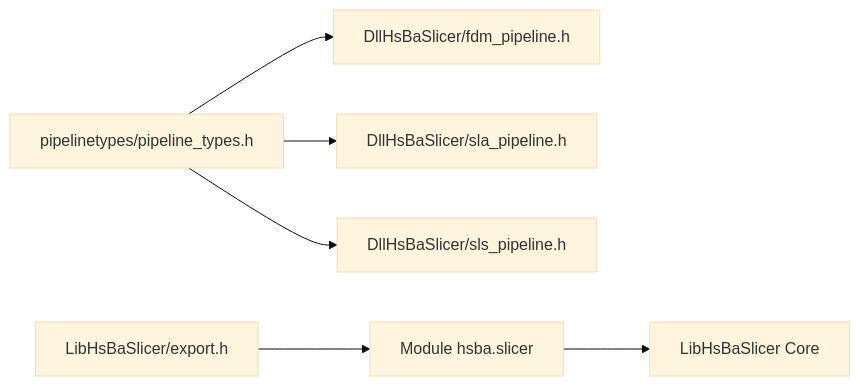
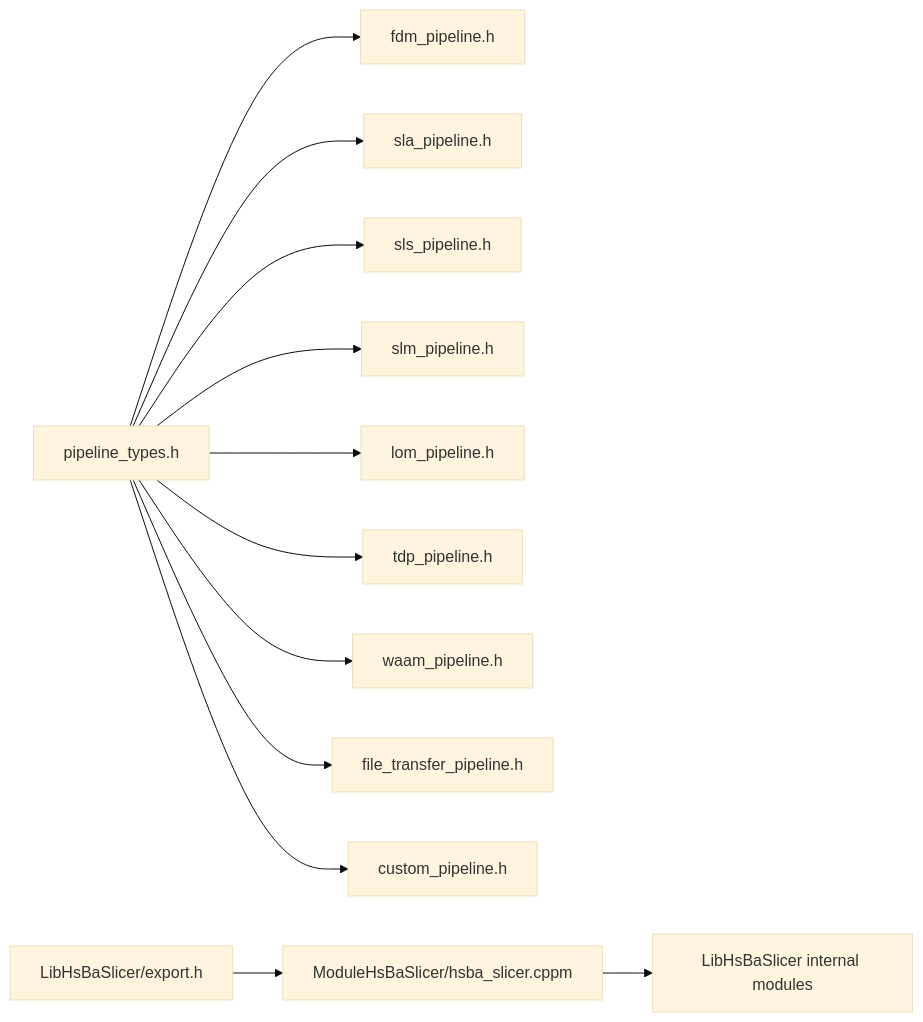
Diagram 15 of 15 in .qoder/repowiki/en/content/API Reference/API Reference.md (hsmbanlance/HsBaSlicer), drawn with Mermaid (base theme) before and after one commit. The commit also changed other lines of this file and 1135 other files, not shown here.

````diff
--- a/.qoder/repowiki/en/content/API Reference/API Reference.md
+++ b/.qoder/repowiki/en/content/API Reference/API Reference.md
@@ -277,8 +545,14 @@
 ```mermaid
 graph LR
-PIPELINE_TYPES["pipelinetypes/pipeline_types.h"] --> DLL_FDM["DllHsBaSlicer/fdm_pipeline.h"]
-PIPELINE_TYPES --> DLL_SLA["DllHsBaSlicer/sla_pipeline.h"]
-PIPELINE_TYPES --> DLL_SLS["DllHsBaSlicer/sls_pipeline.h"]
-LIB_EXPORT["LibHsBaSlicer/export.h"] --> MODULE["Module hsba.slicer"]
-MODULE --> LIB_CORE["LibHsBaSlicer Core"]
+TYPES["pipeline_types.h"] --> CABI_FDM["fdm_pipeline.h"]
+TYPES --> CABI_SLA["sla_pipeline.h"]
+TYPES --> CABI_SLS["sls_pipeline.h"]
+TYPES --> CABI_SLM["slm_pipeline.h"]
+TYPES --> CABI_LOM["lom_pipeline.h"]
+TYPES --> CABI_TDP["tdp_pipeline.h"]
+TYPES --> CABI_WAAM["waam_pipeline.h"]
+TYPES --> CABI_FTP["file_transfer_pipeline.h"]
+TYPES --> CABI_CUST["custom_pipeline.h"]
+EXPORT["LibHsBaSlicer/export.h"] --> MODULE["ModuleHsBaSlicer/hsba_slicer.cppm"]
+MODULE --> INTERNAL["LibHsBaSlicer internal modules"]
 ```
````
